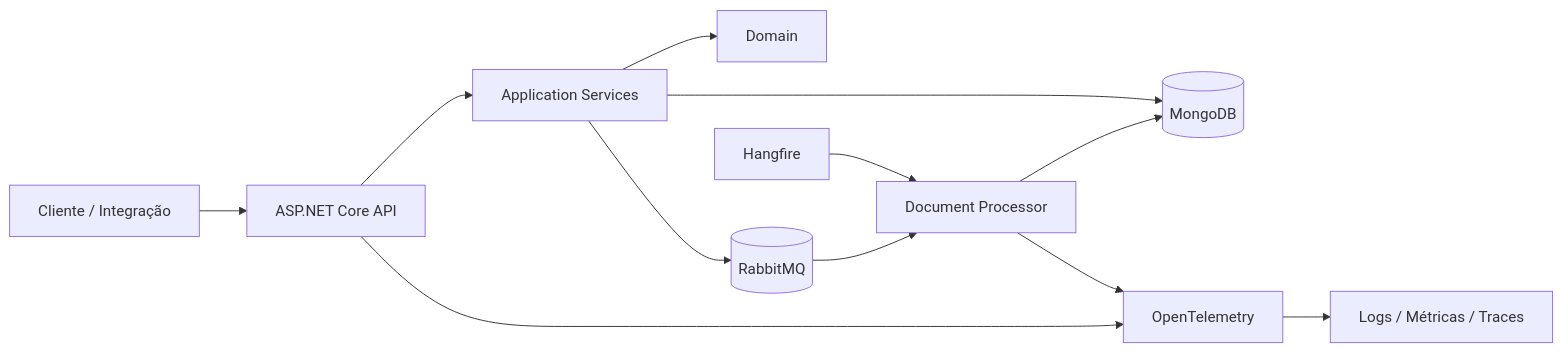
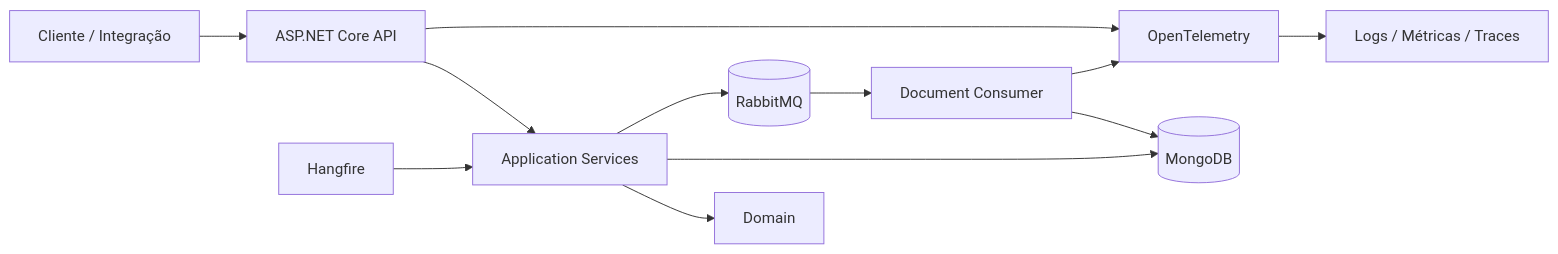
One commit to Moosy-Joao/Fiscal-Flow changed the diagram in README.md. Above: the diagram before and after it, drawn with Mermaid. The commit also changed other lines of this file and 3 other files, not shown here.

````diff
--- a/README.md
+++ b/README.md
@@ -64,14 +38,14 @@
 ```mermaid
 flowchart LR
     Client[Cliente / Integração] --> API[ASP.NET Core API]
     API --> APP[Application Services]
     APP --> DOMAIN[Domain]
     APP --> MONGO[(MongoDB)]
     APP --> MQ[(RabbitMQ)]
-    MQ --> WORKER[Document Processor]
-    WORKER --> MONGO
-    HANGFIRE[Hangfire] --> WORKER
+    MQ --> CONSUMER[Document Consumer]
+    CONSUMER --> MONGO
+    HANGFIRE[Hangfire] --> APP
     API --> OTEL[OpenTelemetry]
-    WORKER --> OTEL
+    CONSUMER --> OTEL
     OTEL --> OBS[Logs / Métricas / Traces]
 ```
````
